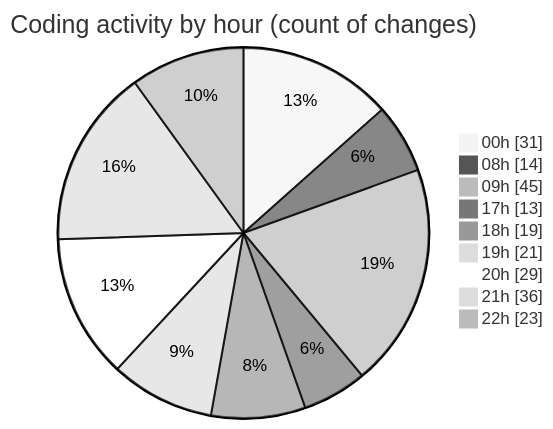
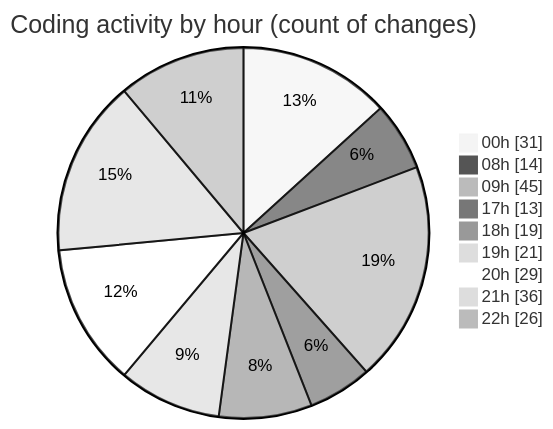
One commit to lephambinh05/code-tracking changed the second of 2 diagrams in 2025-08-03/studybuddy/README.md. Above: the diagram before and after it, drawn with Mermaid (neutral theme). The commit also changed other lines of this file and 1 other file, not shown here.

````diff
--- a/2025-08-03/studybuddy/README.md
+++ b/2025-08-03/studybuddy/README.md
@@ -103,13 +103,13 @@
 ```mermaid
 pie showData
 title Coding activity by hour (count of changes)
 "00h" : 31
 "08h" : 14
 "09h" : 45
 "17h" : 13
 "18h" : 19
 "19h" : 21
 "20h" : 29
 "21h" : 36
-"22h" : 23
+"22h" : 26
 ```
````
